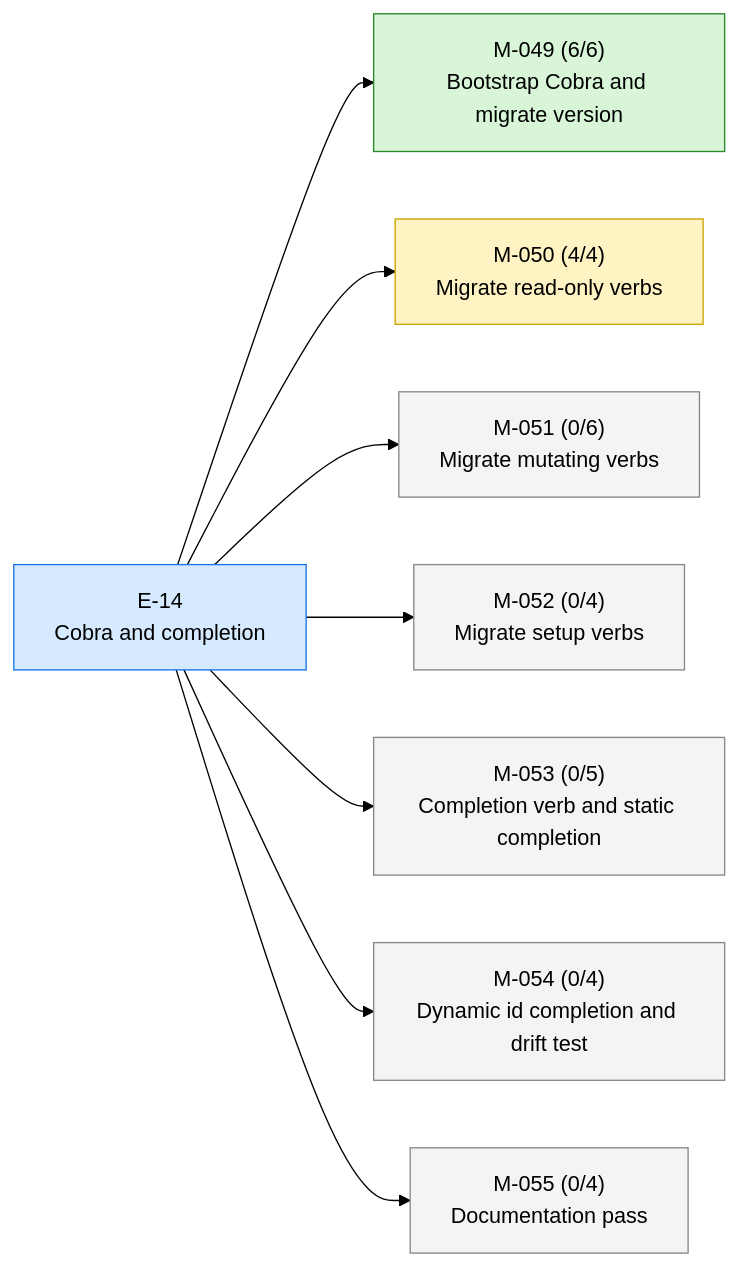
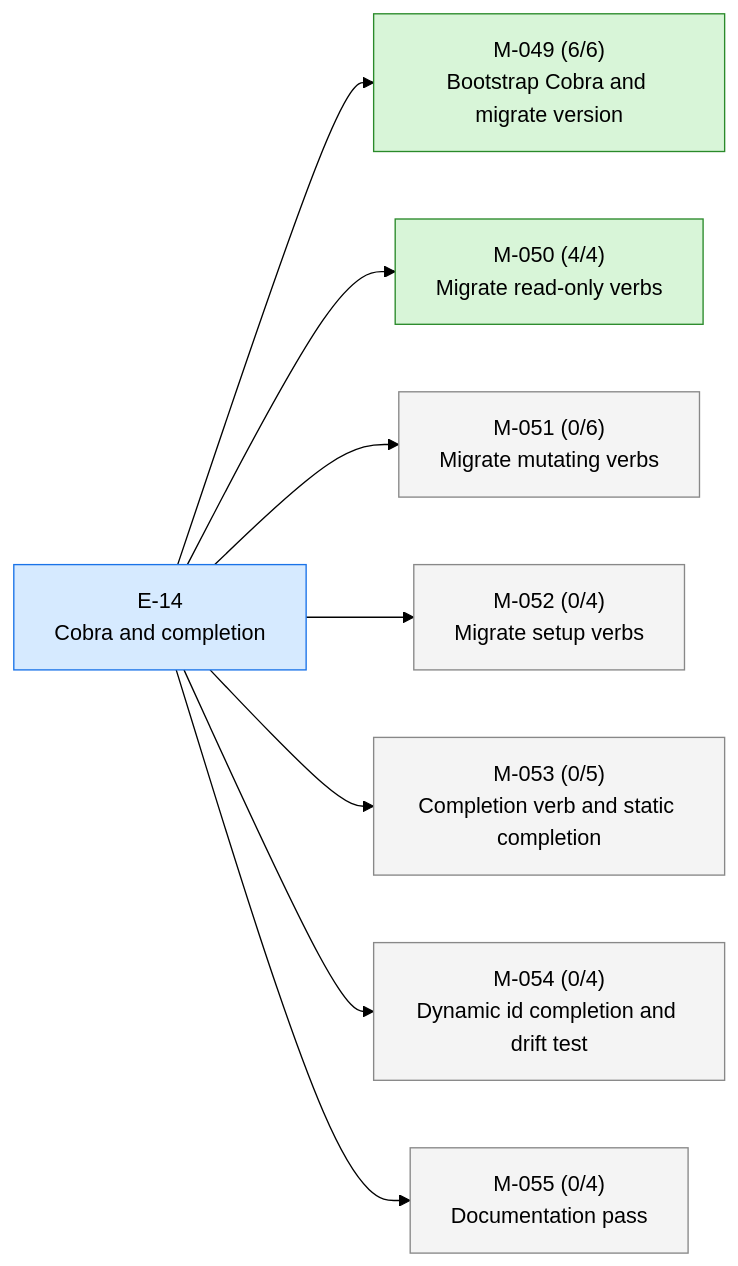
The first of 2 diagrams in STATUS.md (23min/aiwf), drawn with Mermaid (forest theme) before and after one commit. The commit also changed other lines of this file and 1 other file, not shown here.

First line of the commit message:
aiwf promote M-050 in_progress -> done

````diff
--- a/STATUS.md
+++ b/STATUS.md
@@ -17,24 +17,24 @@
 ```mermaid
 flowchart LR
   E_14["E-14<br/>Cobra and completion"]:::epic_active
   M_049["M-049 (6/6)<br/>Bootstrap Cobra and migrate version"]:::ms_done
   E_14 --> M_049
-  M_050["M-050 (4/4)<br/>Migrate read-only verbs"]:::ms_in_progress
+  M_050["M-050 (4/4)<br/>Migrate read-only verbs"]:::ms_done
   E_14 --> M_050
   M_051["M-051 (0/6)<br/>Migrate mutating verbs"]:::ms_draft
   E_14 --> M_051
   M_052["M-052 (0/4)<br/>Migrate setup verbs"]:::ms_draft
   E_14 --> M_052
   M_053["M-053 (0/5)<br/>Completion verb and static completion"]:::ms_draft
   E_14 --> M_053
   M_054["M-054 (0/4)<br/>Dynamic id completion and drift test"]:::ms_draft
   E_14 --> M_054
   M_055["M-055 (0/4)<br/>Documentation pass"]:::ms_draft
   E_14 --> M_055
   classDef epic_active fill:#d6eaff,stroke:#1a73e8,color:#000
   classDef epic_proposed fill:#f4f4f4,stroke:#888,color:#000
   classDef ms_done fill:#d8f5d8,stroke:#2a8a2a,color:#000
   classDef ms_in_progress fill:#fff3c4,stroke:#caa400,color:#000
   classDef ms_draft fill:#f4f4f4,stroke:#888,color:#000
   classDef ms_cancelled fill:#fbeaea,stroke:#c33,color:#000
 ```
````
